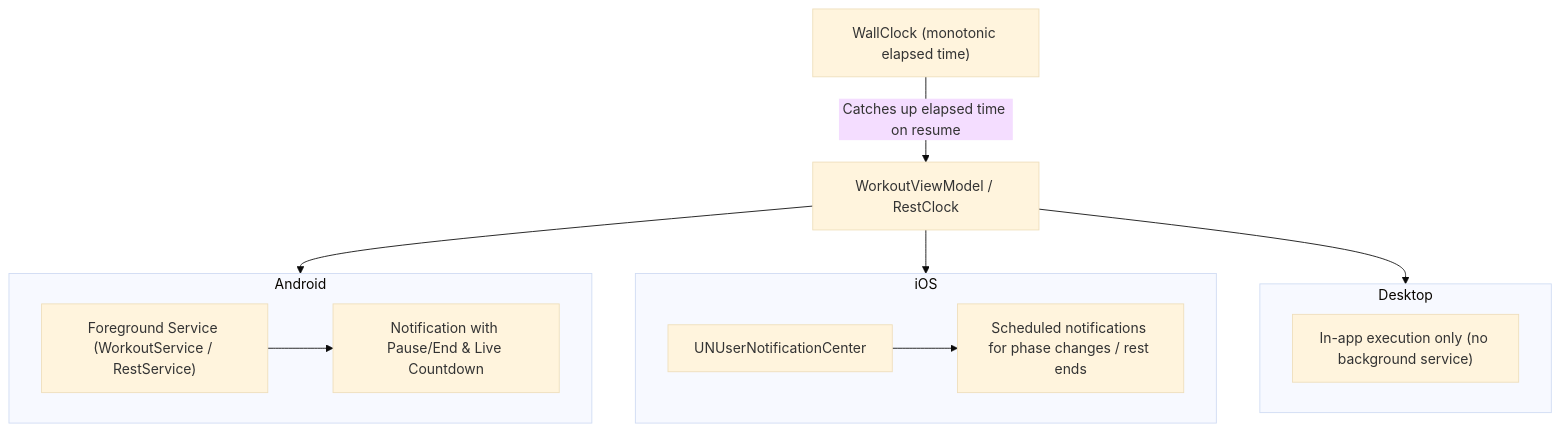
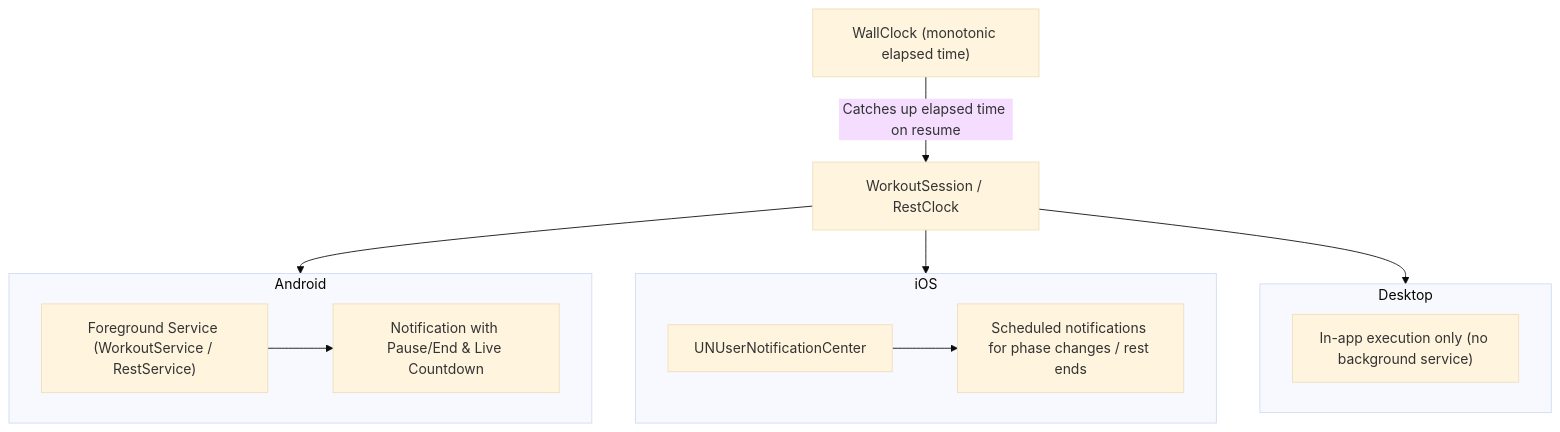
One commit to smithjustinn84-netizen/interval changed the second of 2 diagrams in docs/architecture.md. Above: the diagram before and after it, drawn with Mermaid (base theme). The commit also changed other lines of this file and 23 other files, not shown here.

````diff
--- a/docs/architecture.md
+++ b/docs/architecture.md
@@ -280,26 +280,26 @@
 ```mermaid
 flowchart TD
-    VM["WorkoutViewModel / RestClock"]
+    VM["WorkoutSession / RestClock"]
     Clock["WallClock (monotonic elapsed time)"]
     Clock -->|Catches up elapsed time on resume| VM
 
     subgraph AndroidExecution ["Android"]
         Service["Foreground Service (WorkoutService / RestService)"]
         Notif["Notification with Pause/End & Live Countdown"]
         Service --> Notif
     end
 
     subgraph IOSExecution ["iOS"]
         LocalNotifs["UNUserNotificationCenter"]
         Scheduled["Scheduled notifications for phase changes / rest ends"]
         LocalNotifs --> Scheduled
     end
 
     subgraph DesktopExecution ["Desktop"]
         Noop["In-app execution only (no background service)"]
     end
 
     VM --> AndroidExecution
     VM --> IOSExecution
     VM --> DesktopExecution
 ```
````
